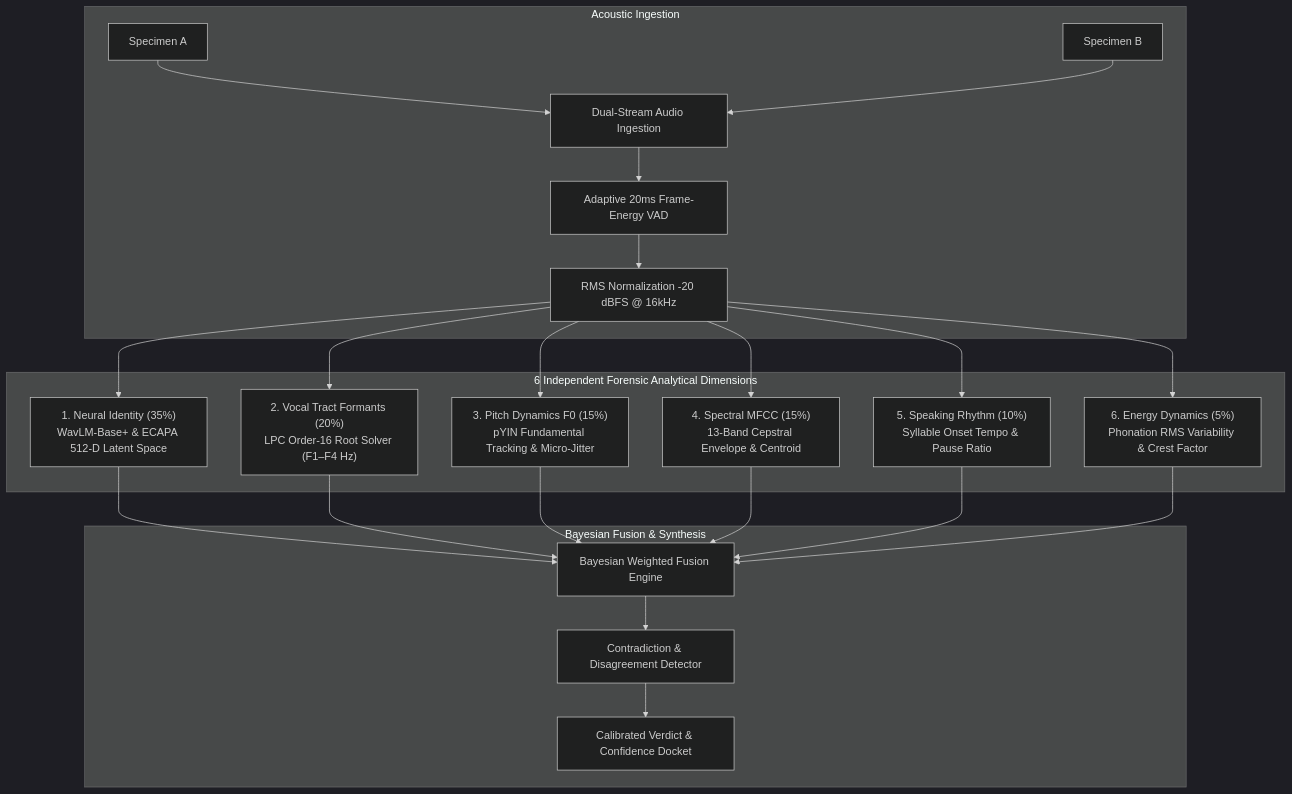
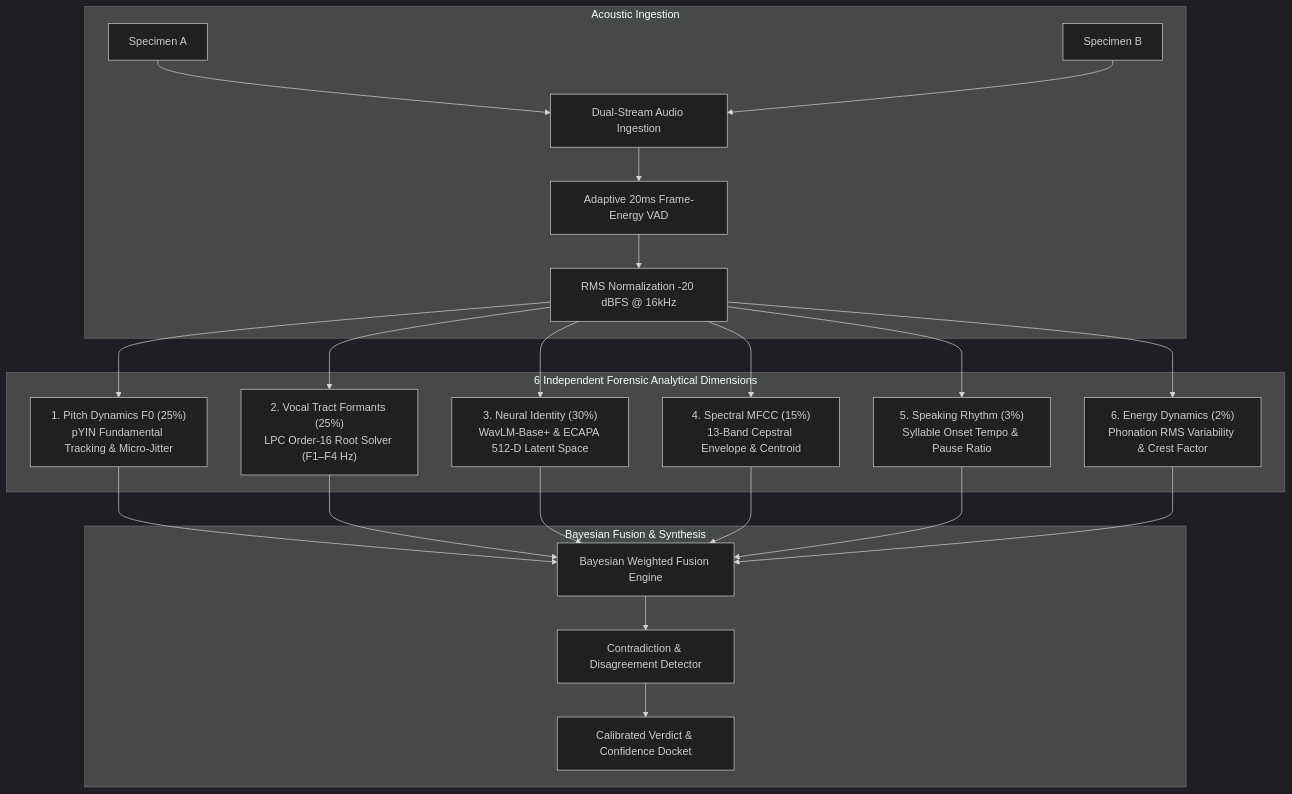
One commit to yusufcalisir/Forenlytics changed the first of 3 diagrams in README.md. Above: the diagram before and after it, drawn with Mermaid (dark theme). The commit also changed other lines of this file and 3 other files, not shown here.

Commit message:
fix(frontend): resolve dashboard routing (/audio?mode=deepfake), eliminate duplicate methodology layout/scrollbars, fix mobile responsiveness and README mermaid/table formatting

````diff
--- a/README.md
+++ b/README.md
@@ -66,23 +61,23 @@
 ```mermaid
 graph TD
     subgraph Ingest ["Acoustic Ingestion"]
-        A1[Specimen A] & A2[Specimen B] --> DEC[Dual-Stream Audio Ingestion]
-        DEC --> VAD[Adaptive 20ms Frame-Energy VAD]
-        VAD --> NRM[RMS Normalization -20 dBFS @ 16kHz]
+        A1["Specimen A"] & A2["Specimen B"] --> DEC["Dual-Stream Audio Ingestion"]
+        DEC --> VAD["Adaptive 20ms Frame-Energy VAD"]
+        VAD --> NRM["RMS Normalization -20 dBFS @ 16kHz"]
     end
 
     subgraph DIMS ["6 Independent Forensic Analytical Dimensions"]
-        NRM --> D1["1. Neural Identity (35%)<br/>WavLM-Base+ & ECAPA 512-D Latent Space"]
-        NRM --> D2["2. Vocal Tract Formants (20%)<br/>LPC Order-16 Root Solver (F1–F4 Hz)"]
-        NRM --> D3["3. Pitch Dynamics F0 (15%)<br/>pYIN Fundamental Tracking & Micro-Jitter"]
+        NRM --> D1["1. Pitch Dynamics F0 (25%)<br/>pYIN Fundamental Tracking & Micro-Jitter"]
+        NRM --> D2["2. Vocal Tract Formants (25%)<br/>LPC Order-16 Root Solver (F1–F4 Hz)"]
+        NRM --> D3["3. Neural Identity (30%)<br/>WavLM-Base+ & ECAPA 512-D Latent Space"]
         NRM --> D4["4. Spectral MFCC (15%)<br/>13-Band Cepstral Envelope & Centroid"]
-        NRM --> D5["5. Speaking Rhythm (10%)<br/>Syllable Onset Tempo & Pause Ratio"]
-        NRM --> D6["6. Energy Dynamics (5%)<br/>Phonation RMS Variability & Crest Factor"]
+        NRM --> D5["5. Speaking Rhythm (3%)<br/>Syllable Onset Tempo & Pause Ratio"]
+        NRM --> D6["6. Energy Dynamics (2%)<br/>Phonation RMS Variability & Crest Factor"]
     end
 
     subgraph Synthesis ["Bayesian Fusion & Synthesis"]
-        D1 & D2 & D3 & D4 & D5 & D6 --> FUS[Bayesian Weighted Fusion Engine]
-        FUS --> CON[Contradiction & Disagreement Detector]
-        CON --> VER[Calibrated Verdict & Confidence Docket]
+        D1 & D2 & D3 & D4 & D5 & D6 --> FUS["Bayesian Weighted Fusion Engine"]
+        FUS --> CON["Contradiction & Disagreement Detector"]
+        CON --> VER["Calibrated Verdict & Confidence Docket"]
     end
 ```
````
